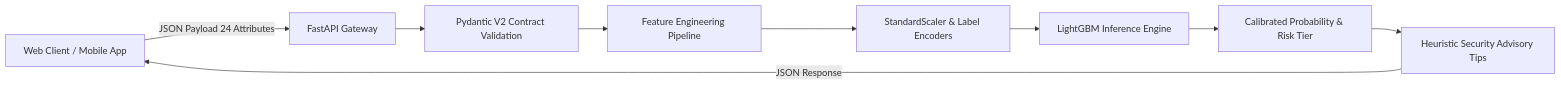
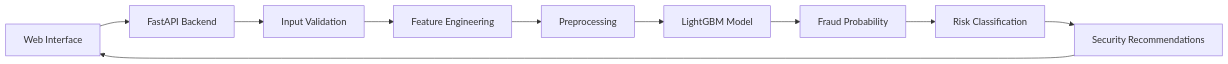
Before and after one commit to TechieManya/Pred_creditcard: the diagram in README.md, drawn with Mermaid. The commit also changed other lines of this file, not shown here.

````diff
--- a/README.md
+++ b/README.md
@@ -31,11 +43,12 @@
 ```mermaid
 flowchart LR
-    A[Web Client / Mobile App] -->|JSON Payload 24 Attributes| B[FastAPI Gateway]
-    B --> C[Pydantic V2 Contract Validation]
-    C --> D[Feature Engineering Pipeline]
-    D --> E[StandardScaler & Label Encoders]
-    E --> F[LightGBM Inference Engine]
-    F --> G[Calibrated Probability & Risk Tier]
-    G --> H[Heuristic Security Advisory Tips]
-    H -->|JSON Response| A
+    A[Web Interface] --> B[FastAPI Backend]
+    B --> C[Input Validation]
+    C --> D[Feature Engineering]
+    D --> E[Preprocessing]
+    E --> F[LightGBM Model]
+    F --> G[Fraud Probability]
+    G --> H[Risk Classification]
+    H --> I[Security Recommendations]
+    I --> A
 ```
````
